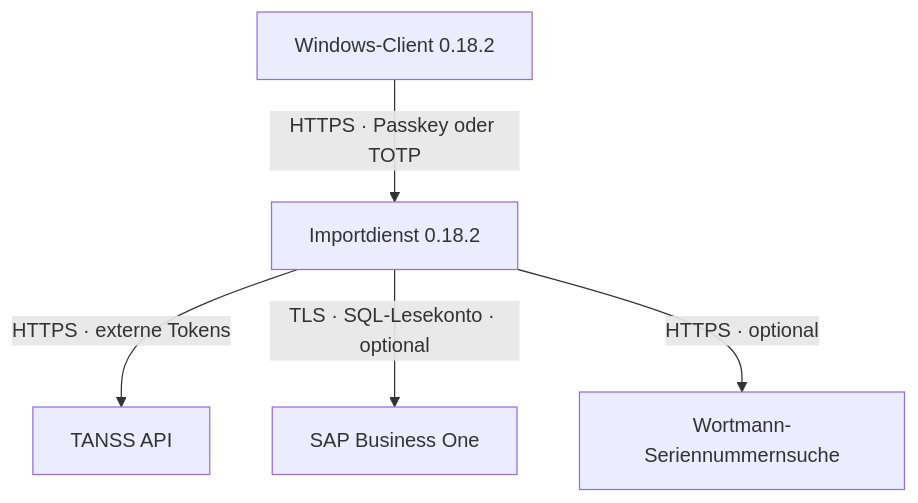
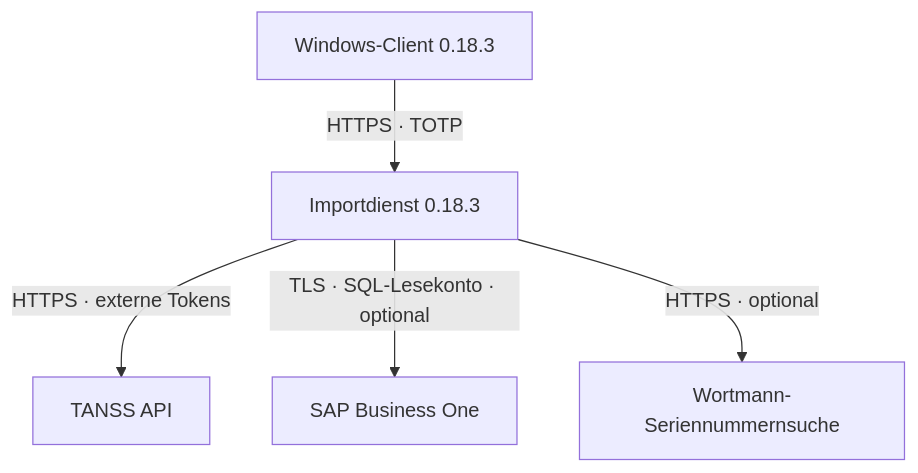
One commit to kellykiller/tanss-device-import-public changed the first of 2 diagrams in docs/TECHNISCHE_DOKUMENTATION.md. Above: the diagram before and after it, drawn with Mermaid. The commit also changed other lines of this file and 25 other files, not shown here.

Commit message:
Remove passkey authentication and require TOTP

````diff
--- a/docs/TECHNISCHE_DOKUMENTATION.md
+++ b/docs/TECHNISCHE_DOKUMENTATION.md
@@ -16,7 +16,7 @@
 ```mermaid
 flowchart TD
-    A["Windows-Client 0.18.2"] -->|"HTTPS · Passkey oder TOTP"| B["Importdienst 0.18.2"]
+    A["Windows-Client 0.18.3"] -->|"HTTPS · TOTP"| B["Importdienst 0.18.3"]
     B -->|"HTTPS · externe Tokens"| C["TANSS API"]
     B -->|"TLS · SQL-Lesekonto · optional"| D["SAP Business One"]
     B -->|"HTTPS · optional"| E["Wortmann-Seriennummernsuche"]
 ```
````
